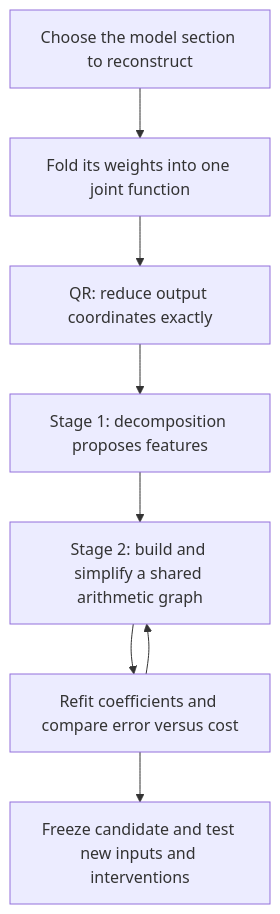
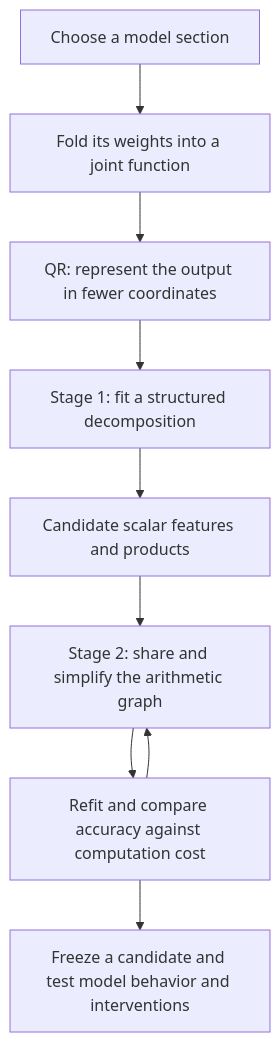
Before and after one commit to loganriggs/tensor_language: the first of 2 diagrams in basis_aligned/polynomial_causal/explanations/for_logan/research_update_2026-09-21_0104_full_coverage_and_shared_baselines.md, drawn with Mermaid. The commit also changed other lines of this file and 2 other files, not shown here.

Commit message:
Rewrite Logan synthesis around the two-stage decomposition plan

````diff
--- a/basis_aligned/polynomial_causal/explanations/for_logan/research_update_2026-09-21_0104_full_coverage_and_shared_baselines.md
+++ b/basis_aligned/polynomial_causal/explanations/for_logan/research_update_2026-09-21_0104_full_coverage_and_shared_baselines.md
@@ -13,10 +11,11 @@
 ```mermaid
 flowchart TD
-    A[Choose the model section to reconstruct] --> B[Fold its weights into one joint function]
-    B --> C[QR: reduce output coordinates exactly]
-    C --> D[Stage 1: decomposition proposes features]
-    D --> E[Stage 2: build and simplify a shared arithmetic graph]
-    E --> F[Refit coefficients and compare error versus cost]
-    F --> E
-    F --> G[Freeze candidate and test new inputs and interventions]
+    A[Choose a model section] --> B[Fold its weights into a joint function]
+    B --> C[QR: represent the output in fewer coordinates]
+    C --> D[Stage 1: fit a structured decomposition]
+    D --> E[Candidate scalar features and products]
+    E --> F[Stage 2: share and simplify the arithmetic graph]
+    F --> G[Refit and compare accuracy against computation cost]
+    G --> F
+    G --> H[Freeze a candidate and test model behavior and interventions]
 ```
````
